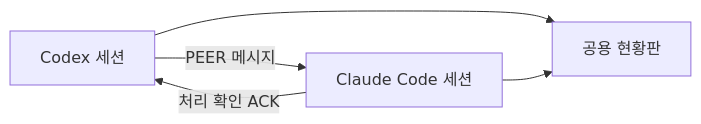
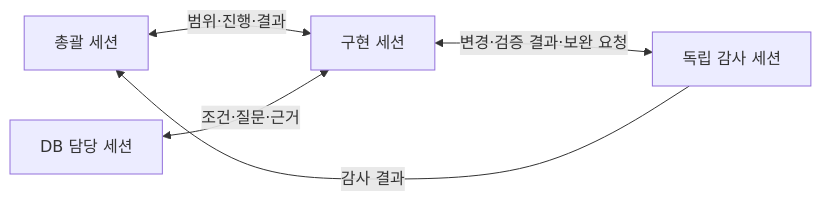
One commit to jaeseongs95/agent-governance-suite changed the diagram in README.md. Above: the diagram before and after it, drawn with Mermaid. The commit also changed other lines of this file and 2 other files, not shown here.

````diff
--- a/README.md
+++ b/README.md
@@ -123,7 +19,7 @@
 ```mermaid
 flowchart LR
-    C["Codex 세션"] --> B["공용 현황판"]
-    L["Claude Code 세션"] --> B
-    C -->|"PEER 메시지"| L
-    L -->|"처리 확인 ACK"| C
+    L["총괄 세션"] <-->|"범위·진행·결과"| I["구현 세션"]
+    D["DB 담당 세션"] <-->|"조건·질문·근거"| I
+    I <-->|"변경·검증 결과·보완 요청"| A["독립 감사 세션"]
+    A -->|"감사 결과"| L
 ```
````
